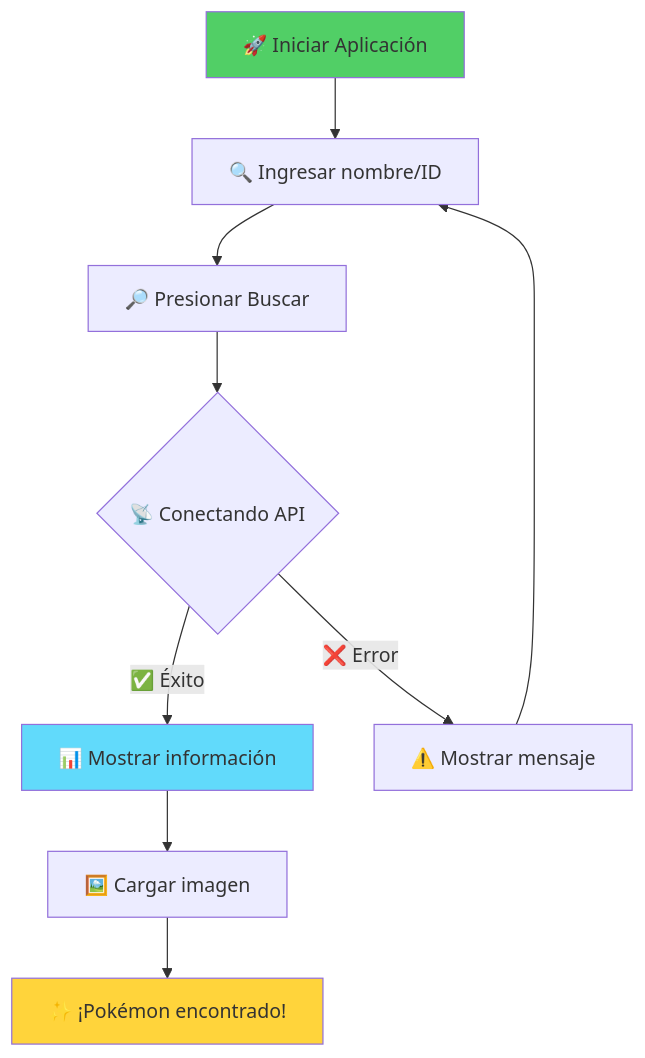
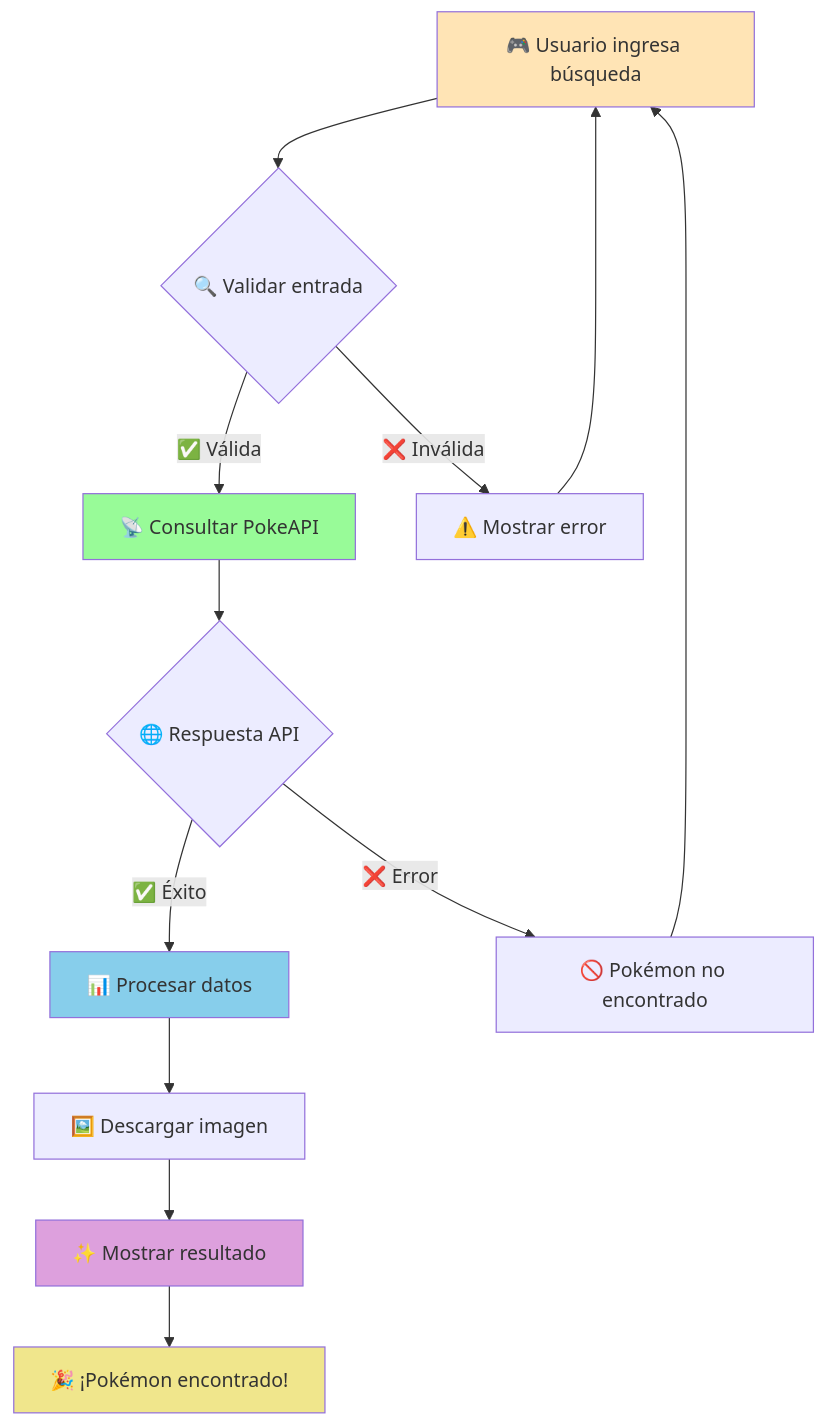
One commit to N1coTom55/pokedex-tkinter changed the diagram in README.md. Above: the diagram before and after it, drawn with Mermaid. The commit also changed other lines of this file, not shown here.

````diff
--- a/README.md
+++ b/README.md
@@ -133,15 +159,20 @@
 ```mermaid
-flowchart TD
-    A[🚀 Iniciar Aplicación] --> B[🔍 Ingresar nombre/ID]
-    B --> C[🔎 Presionar Buscar]
-    C --> D{📡 Conectando API}
-    D -->|✅ Éxito| E[📊 Mostrar información]
-    D -->|❌ Error| F[⚠️ Mostrar mensaje]
-    E --> G[🖼️ Cargar imagen]
-    F --> B
-    G --> H[✨ ¡Pokémon encontrado!]
+graph TD
+    A[🎮 Usuario ingresa búsqueda] --> B{🔍 Validar entrada}
+    B -->|✅ Válida| C[📡 Consultar PokeAPI]
+    B -->|❌ Inválida| D[⚠️ Mostrar error]
+    C --> E{🌐 Respuesta API}
+    E -->|✅ Éxito| F[📊 Procesar datos]
+    E -->|❌ Error| G[🚫 Pokémon no encontrado]
+    F --> H[🖼️ Descargar imagen]
+    H --> I[✨ Mostrar resultado]
+    D --> A
+    G --> A
+    I --> J[🎉 ¡Pokémon encontrado!]
     
-    style A fill:#51cf66
-    style E fill:#61dafb
-    style H fill:#ffd43b
+    style A fill:#FFE4B5
+    style C fill:#98FB98
+    style F fill:#87CEEB
+    style I fill:#DDA0DD
+    style J fill:#F0E68C
 ```
````
